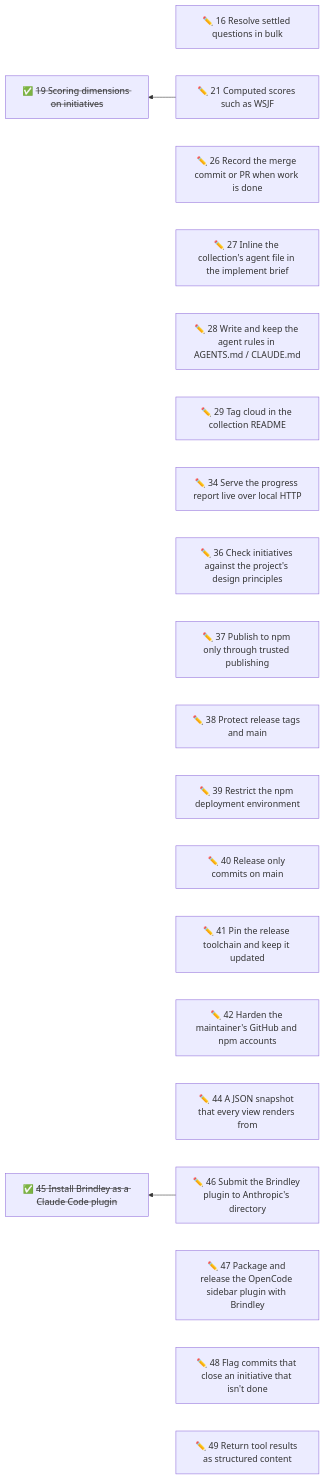
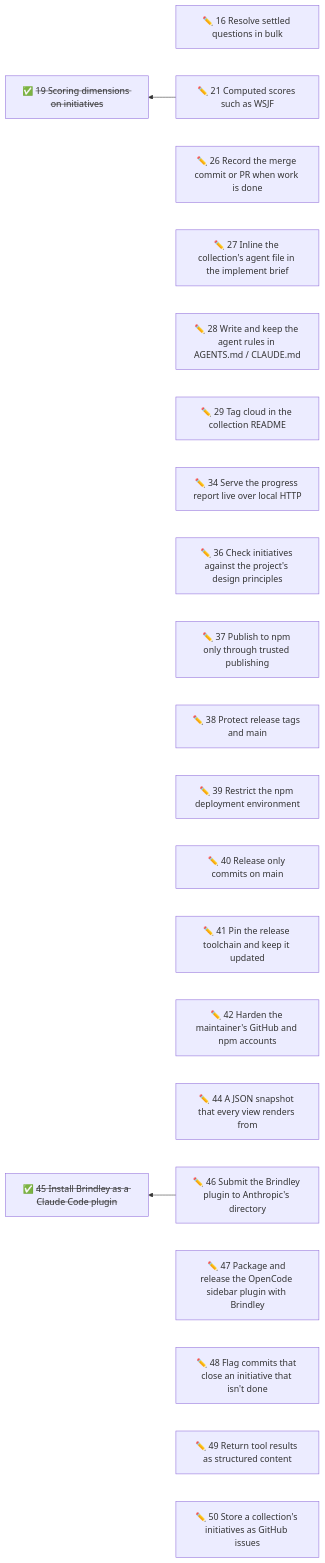
One commit to duckAsteroid/brindley changed the diagram in initiatives/README.md. Above: the diagram before and after it, drawn with Mermaid. The commit also changed other lines of this file and 1 other file, not shown here.

Commit message:
docs(initiatives): propose GitHub issues as a collection backend

````diff
--- a/initiatives/README.md
+++ b/initiatives/README.md
@@ -49,47 +50,49 @@
 ```mermaid
 flowchart RL
   n16["✏️ 16 Resolve settled questions in bulk"]
   n21["✏️ 21 Computed scores such as WSJF"]
   n26["✏️ 26 Record the merge commit or PR when work is done"]
   n27["✏️ 27 Inline the collection's agent file in the implement brief"]
   n28["✏️ 28 Write and keep the agent rules in AGENTS.md / CLAUDE.md"]
   n29["✏️ 29 Tag cloud in the collection README"]
   n34["✏️ 34 Serve the progress report live over local HTTP"]
   n36["✏️ 36 Check initiatives against the project's design principles"]
   n37["✏️ 37 Publish to npm only through trusted publishing"]
   n38["✏️ 38 Protect release tags and main"]
   n39["✏️ 39 Restrict the npm deployment environment"]
   n40["✏️ 40 Release only commits on main"]
   n41["✏️ 41 Pin the release toolchain and keep it updated"]
   n42["✏️ 42 Harden the maintainer's GitHub and npm accounts"]
   n44["✏️ 44 A JSON snapshot that every view renders from"]
   n46["✏️ 46 Submit the Brindley plugin to Anthropic's directory"]
   n47["✏️ 47 Package and release the OpenCode sidebar plugin with Brindley"]
   n48["✏️ 48 Flag commits that close an initiative that isn't done"]
   n49["✏️ 49 Return tool results as structured content"]
+  n50["✏️ 50 Store a collection's initiatives as GitHub issues"]
   n19["✅ <s>19 Scoring dimensions on initiatives</s>"]
   n45["✅ <s>45 Install Brindley as a Claude Code plugin</s>"]
   n21 --> n19
   n46 --> n45
   click n16 href "16-resolve-settled-questions-in-bulk.md"
   click n21 href "21-computed-scores-such-as-wsjf.md"
   click n26 href "26-record-the-merge-commit-or-pr-when-work-is-done.md"
   click n27 href "27-inline-the-collection-s-agent-file-in-the-implement-brief.md"
   click n28 href "28-write-and-keep-the-agent-rules-in-agents-md-claude-md.md"
   click n29 href "29-tag-cloud-in-the-collection-readme.md"
   click n34 href "34-serve-the-progress-report-live-over-local-http.md"
   click n36 href "36-check-initiatives-against-the-project-s-design-principles.md"
   click n37 href "37-publish-to-npm-only-through-trusted-publishing.md"
   click n38 href "38-protect-release-tags-and-main.md"
   click n39 href "39-restrict-the-npm-deployment-environment.md"
   click n40 href "40-release-only-commits-on-main.md"
   click n41 href "41-pin-the-release-toolchain-and-keep-it-updated.md"
   click n42 href "42-harden-the-maintainer-s-github-and-npm-accounts.md"
   click n44 href "44-a-json-snapshot-that-every-view-renders-from.md"
   click n46 href "46-submit-the-brindley-plugin-to-anthropic-s-directory.md"
   click n47 href "47-package-and-release-the-opencode-sidebar-plugin-with-brindle.md"
   click n48 href "48-flag-commits-that-close-an-initiative-that-isn-t-done.md"
   click n49 href "49-return-tool-results-as-structured-content.md"
+  click n50 href "50-store-a-collection-s-initiatives-as-github-issues.md"
   click n19 href "done/19-rank-initiatives-by-scoring-dimensions.md"
   click n45 href "done/45-install-brindley-as-a-claude-code-plugin.md"
 ```
````
